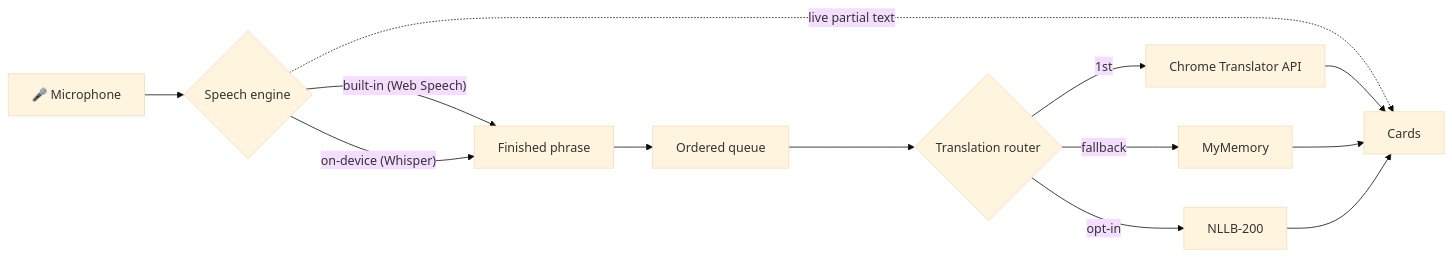
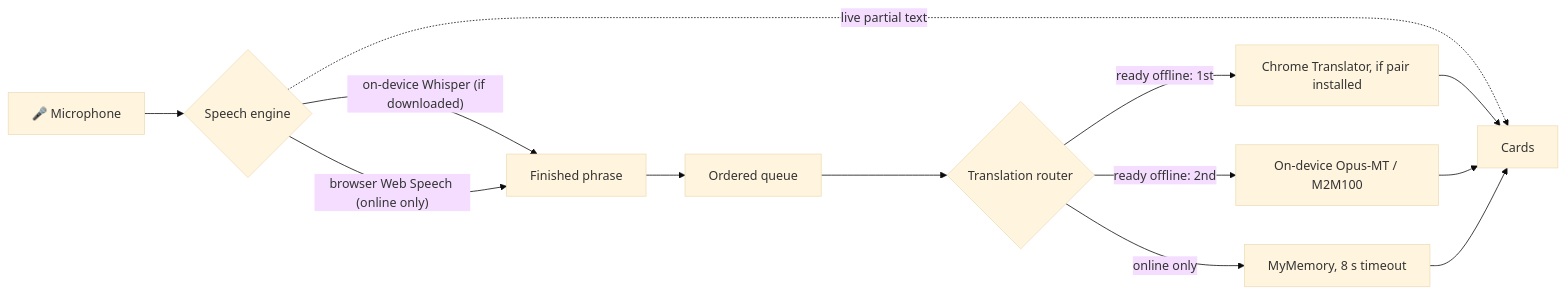
One commit to melvin-tai/Audio-Language-Interpretation changed the diagram in developer/README.md. Above: the diagram before and after it, drawn with Mermaid (base theme). The commit also changed other lines of this file and 42 other files, not shown here.

````diff
--- a/developer/README.md
+++ b/developer/README.md
@@ -75,13 +81,13 @@
 ```mermaid
 flowchart LR
     Mic[🎤 Microphone] --> R{Speech engine}
-    R -- "built-in (Web Speech)" --> F[Finished phrase]
-    R -- "on-device (Whisper)" --> F
+    R -- "on-device Whisper (if downloaded)" --> F[Finished phrase]
+    R -- "browser Web Speech (online only)" --> F
     R -. live partial text .-> UI
     F --> Q[Ordered queue]
     Q --> T{Translation router}
-    T -- 1st --> C[Chrome Translator API]
-    T -- fallback --> M[MyMemory]
-    T -- opt-in --> N[NLLB-200]
-    C & M & N --> UI[Cards]
+    T -- "ready offline: 1st" --> C[Chrome Translator, if pair installed]
+    T -- "ready offline: 2nd" --> O[On-device Opus-MT / M2M100]
+    T -- "online only" --> M[MyMemory, 8 s timeout]
+    C & O & M --> UI[Cards]
 ```
````
